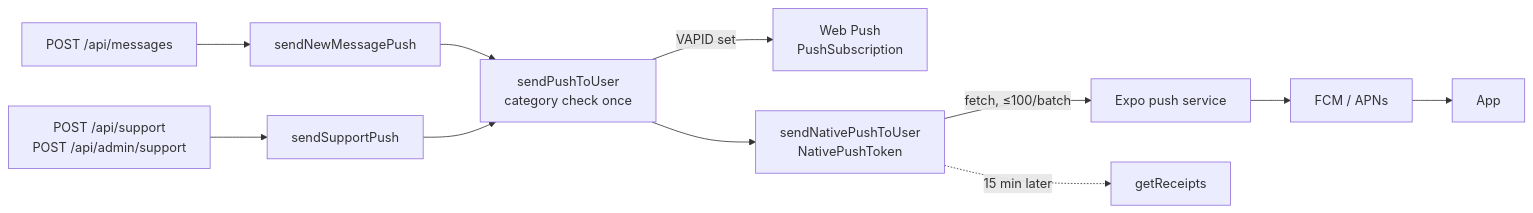
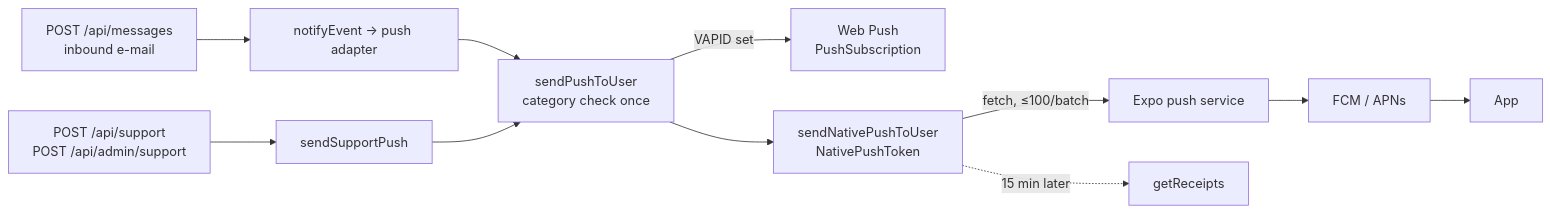
One commit to 21072026/Internship changed the diagram in docs/mobile-push.md. Above: the diagram before and after it, drawn with Mermaid. The commit also changed other lines of this file and 14 other files, not shown here.

First line of the commit message:
feat(notifications): message push through the router (#1715)

````diff
--- a/docs/mobile-push.md
+++ b/docs/mobile-push.md
@@ -11,12 +11,12 @@
 ```mermaid
 flowchart LR
-  M[POST /api/messages] --> P[sendNewMessagePush]
+  M[POST /api/messages<br/>inbound e-mail] --> P[notifyEvent → push adapter]
   SU[POST /api/support<br/>POST /api/admin/support] --> SP[sendSupportPush]
   P --> S[sendPushToUser<br/>category check once]
   SP --> S
   S -->|VAPID set| W[Web Push<br/>PushSubscription]
   S --> N[sendNativePushToUser<br/>NativePushToken]
   N -->|fetch, ≤100/batch| E[Expo push service]
   E --> F[FCM / APNs] --> A[App]
   N -. 15 min later .-> R[getReceipts]
 ```
````
